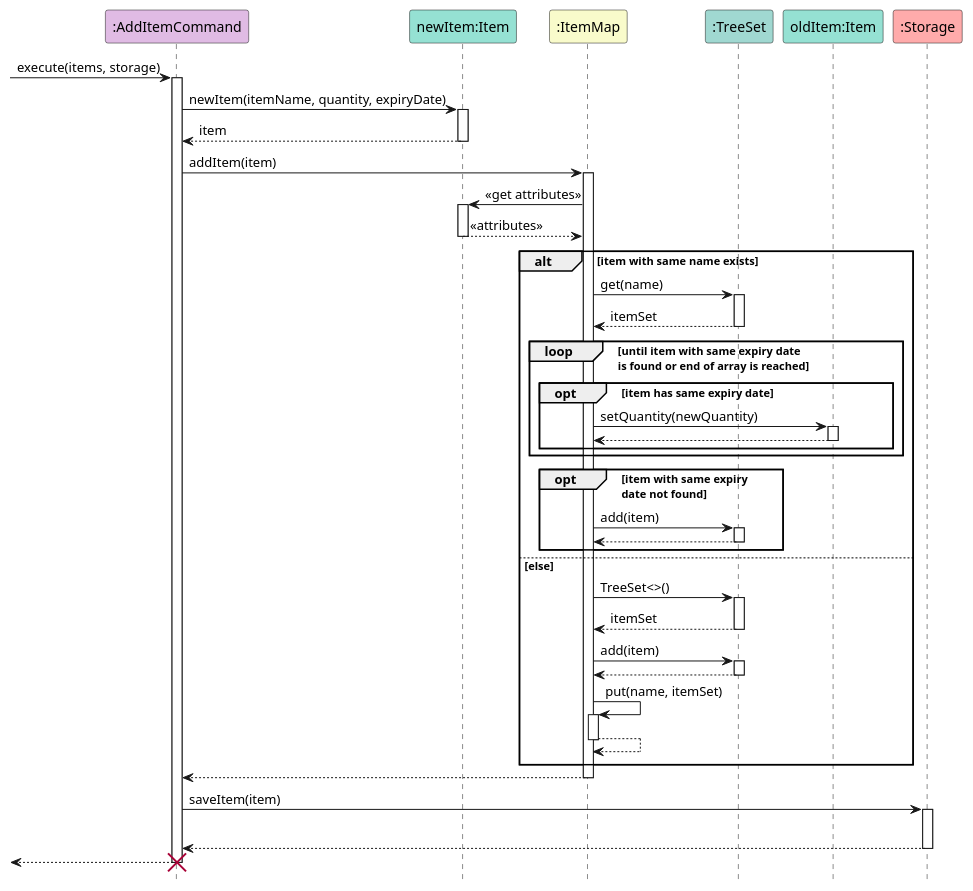
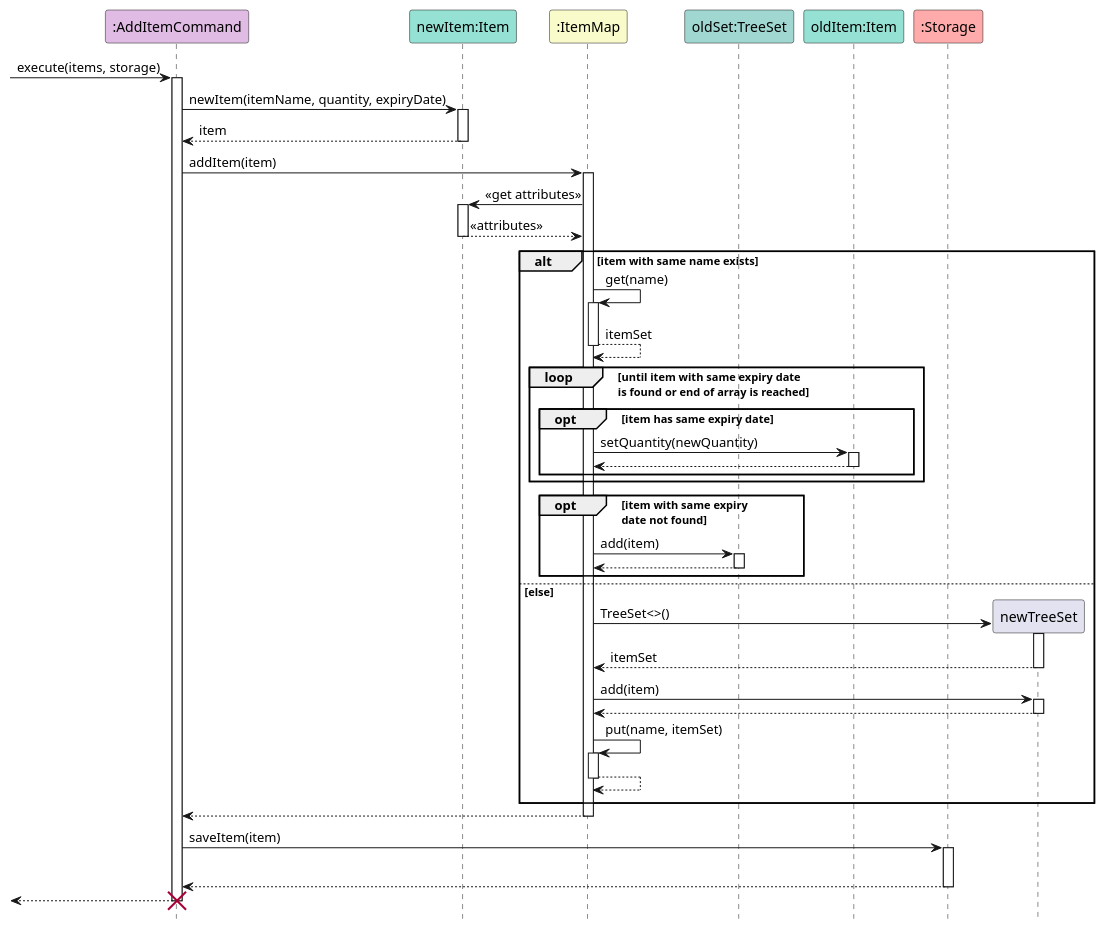
Before and after one commit to yijiano/tp: the diagram in docs/diagrams/AddItemCommand-SequenceDiagram.puml, drawn with PlantUML. The commit also changed 1 other file, not shown here.

Commit message:
Fix incorrect TreeSet instantiation

```diff
--- a/docs/diagrams/AddItemCommand-SequenceDiagram.puml
+++ b/docs/diagrams/AddItemCommand-SequenceDiagram.puml
@@ -1,79 +1,79 @@
 @startuml
 
 hide footbox
 skinparam sequenceReferenceBackgroundColor #f7807c
 
 participant ":AddItemCommand" as AddItemCommand #E0BBE4
 participant "newItem:Item" as newItem #95E1D3
 participant ":ItemMap" as ItemMap #F9FBCB
-participant ":TreeSet" as TreeSet #A0D8D1
+participant "oldSet:TreeSet" as oldTreeSet #A0D8D1
 participant "oldItem:Item" as oldItem #95E1D3
 participant ":Storage" as Storage #FFABAB
 
 -> AddItemCommand : execute(items, storage)
 activate AddItemCommand
 
 AddItemCommand -> newItem : newItem(itemName, quantity, expiryDate)
 activate newItem
 return item
 deactivate newItem
 
 AddItemCommand -> ItemMap : addItem(item)
 activate ItemMap
 
 ItemMap -> newItem : <<get attributes>>
 activate newItem
 return <<attributes>>
 deactivate newItem
 
 alt item with same name exists
-    ItemMap -> TreeSet : get(name)
-    activate TreeSet
+    ItemMap -> ItemMap : get(name)
+    activate ItemMap
     return itemSet
 
     loop until item with same expiry date \nis found or end of array is reached
         opt item has same expiry date
             ItemMap -> oldItem : setQuantity(newQuantity)
             activate oldItem
             return
             deactivate oldItem
         end
     end
 
     opt item with same expiry \ndate not found
-        ItemMap -> TreeSet : add(item)
-        activate TreeSet
+        ItemMap -> oldTreeSet : add(item)
+        activate oldTreeSet
         return
-        deactivate TreeSet
+        deactivate oldTreeSet
     end
 
 
 else else
-    ItemMap -> TreeSet : TreeSet<>()
-    activate TreeSet
+    ItemMap -> newTreeSet ** : TreeSet<>()
+    activate newTreeSet
     return itemSet
-    deactivate TreeSet
-    ItemMap -> TreeSet : add(item)
-    activate TreeSet
+    deactivate newTreeSet
+    ItemMap -> newTreeSet : add(item)
+    activate newTreeSet
     return
-    deactivate TreeSet
+    deactivate newTreeSet
     ItemMap -> ItemMap : put(name, itemSet)
     activate ItemMap
     return
     ||10||
 end
 
 ItemMap --> AddItemCommand
 deactivate ItemMap
 
 AddItemCommand -> Storage : saveItem(item)
 activate Storage
 ||||||
 return
 deactivate Storage
 
 <-- AddItemCommand
 deactivate AddItemCommand
 destroy AddItemCommand
 
 @enduml
```
